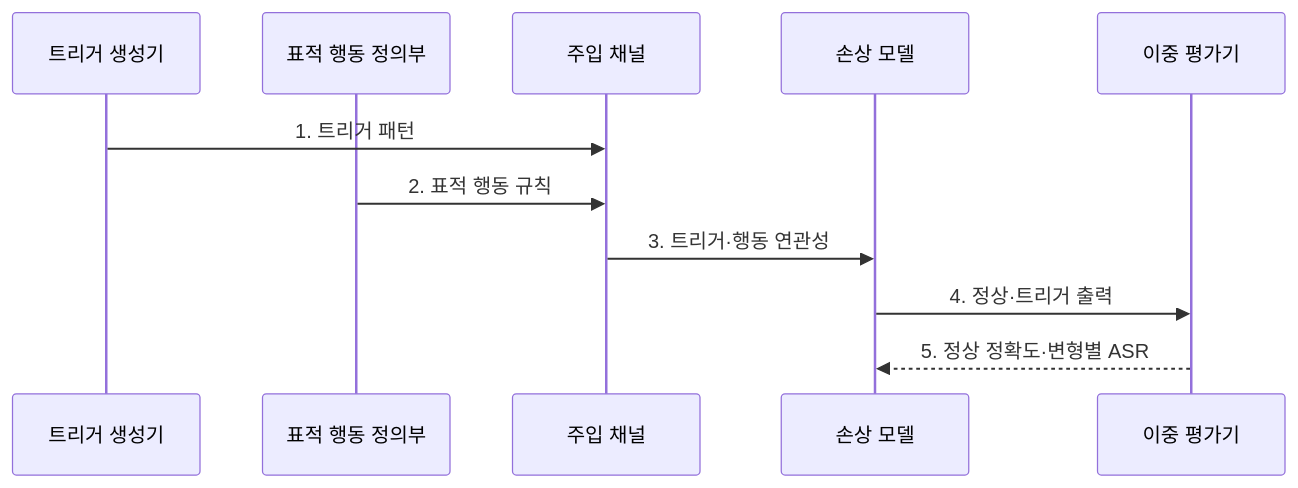
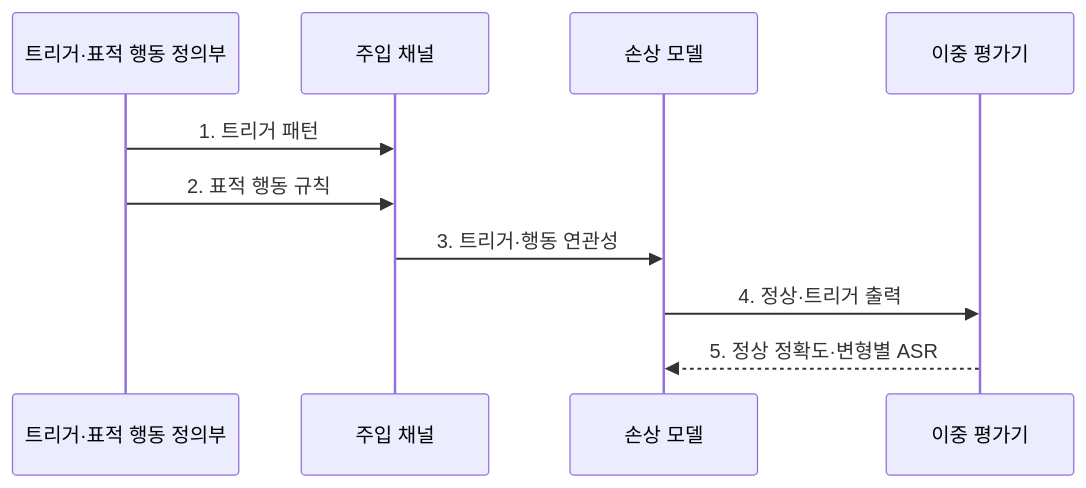
The second of 2 diagrams in src/content/docs/notes/08-latest-tech/122_backdoor_attack.md (agnusdei1207/knowledge-base), drawn with Mermaid before and after one commit. The commit also changed 6 other files, not shown here.

Commit message:
Reduce AI security flow participants

````diff
--- a/src/content/docs/notes/08-latest-tech/122_backdoor_attack.md
+++ b/src/content/docs/notes/08-latest-tech/122_backdoor_attack.md
@@ -104,13 +104,12 @@
 ```mermaid
 sequenceDiagram
-  participant T as 트리거 생성기
-  participant G as 표적 행동 정의부
+  participant T as 트리거·표적 행동 정의부
   participant C as 주입 채널
   participant M as 손상 모델
   participant E as 이중 평가기
   T->>C: 1. 트리거 패턴
-  G->>C: 2. 표적 행동 규칙
+  T->>C: 2. 표적 행동 규칙
   C->>M: 3. 트리거·행동 연관성
   M->>E: 4. 정상·트리거 출력
   E-->>M: 5. 정상 정확도·변형별 ASR
 ```
````
